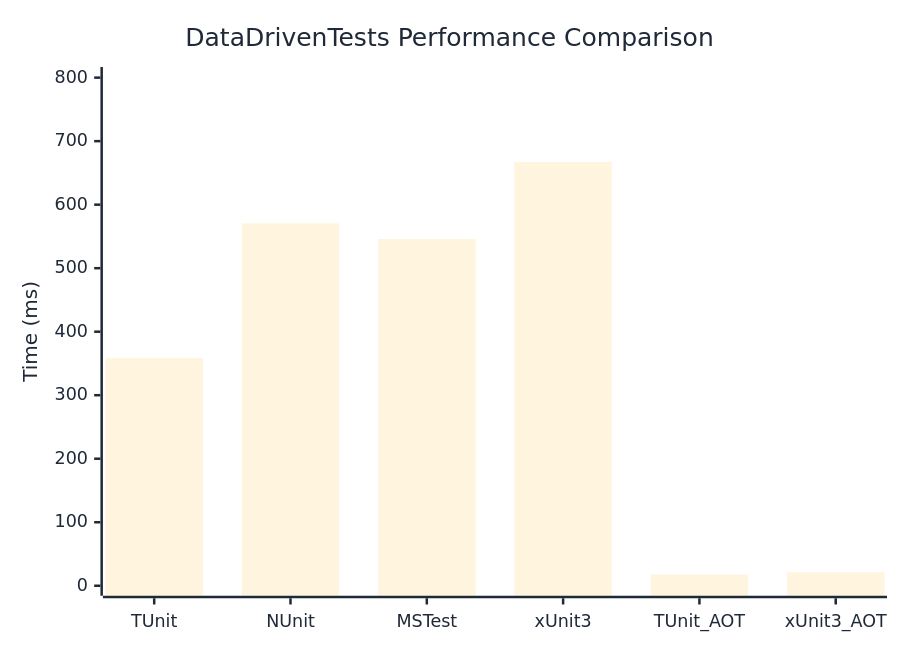
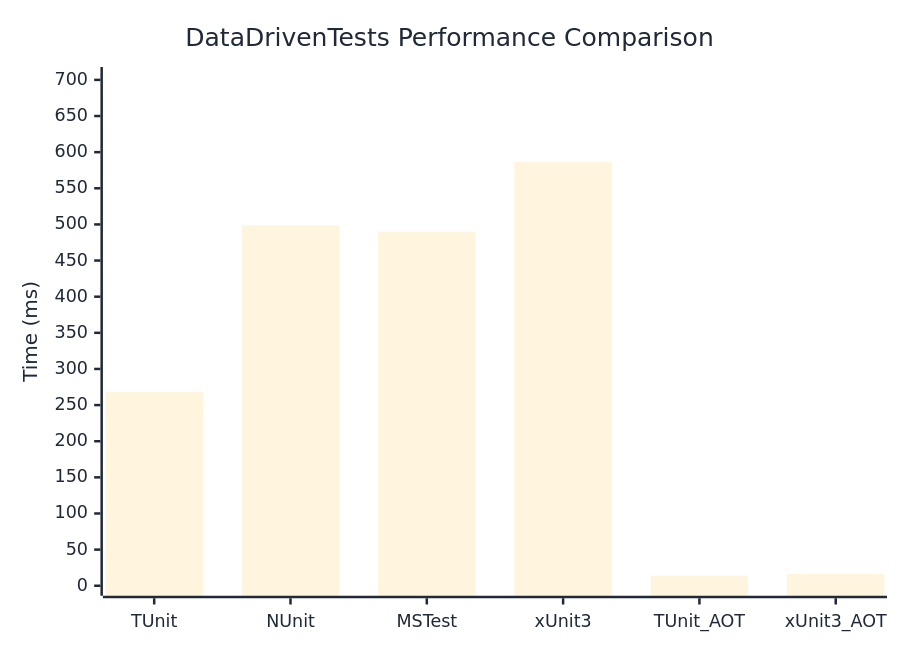
Before and after one commit to thomhurst/TUnit: the diagram in docs/docs/benchmarks/engine/DataDrivenTests.md, drawn with Mermaid. The commit also changed other lines of this file and 18 other files, not shown here.

````diff
--- a/docs/docs/benchmarks/engine/DataDrivenTests.md
+++ b/docs/docs/benchmarks/engine/DataDrivenTests.md
@@ -30,37 +30,37 @@
 ```mermaid
 %%{init: {
   'theme':'base',
   'themeVariables': {
     'primaryColor': '#2563eb',
     'primaryTextColor': '#1f2937',
     'primaryBorderColor': '#1e40af',
     'lineColor': '#6b7280',
     'secondaryColor': '#7c3aed',
     'tertiaryColor': '#dc2626',
     'background': '#ffffff',
     'mainBkg': '#2563eb',
     'secondBkg': '#7c3aed',
     'tertiaryBkg': '#dc2626',
     'clusterBkg': '#f3f4f6',
     'edgeLabelBackground': '#ffffff',
     'tertiaryTextColor': '#1f2937',
     'pie1': '#2563eb',
     'pie2': '#7c3aed',
     'pie3': '#dc2626',
     'pie4': '#f59e0b',
     'pie5': '#10b981',
     'pie6': '#06b6d4',
     'pie7': '#ec4899',
     'pie8': '#6366f1',
     'pie9': '#84cc16',
     'pie10': '#f97316',
     'pie11': '#14b8a6',
     'pie12': '#a855f7'
   }
 }}%%
 xychart-beta
   title "DataDrivenTests Performance Comparison"
   x-axis ["TUnit", "NUnit", "MSTest", "xUnit3", "TUnit_AOT", "xUnit3_AOT"]
-  y-axis "Time (ms)" 0 --> 801
-  bar [358.4, 570.46, 545.91, 667.29, 17.72, 21.1]
+  y-axis "Time (ms)" 0 --> 704
+  bar [268.4, 498.74, 490.02, 586.26, 13.98, 16.7]
 ```
````
